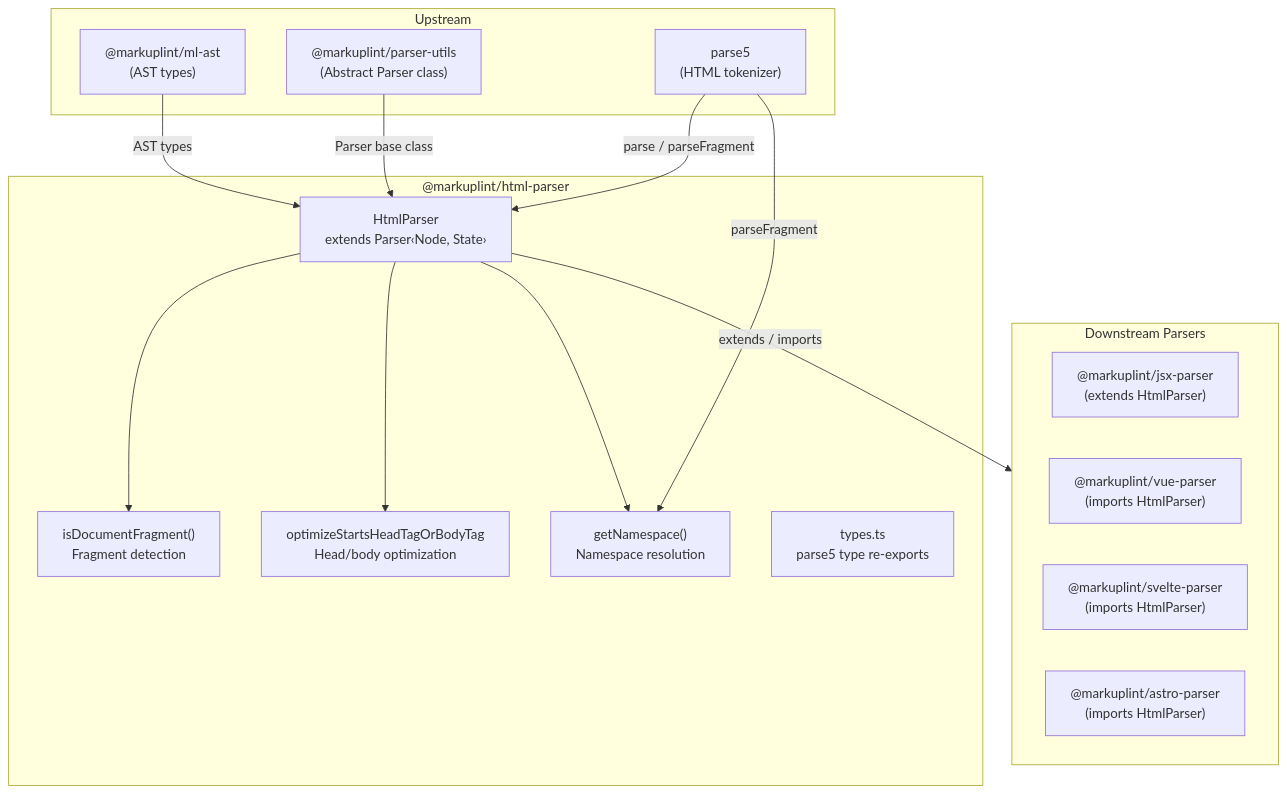
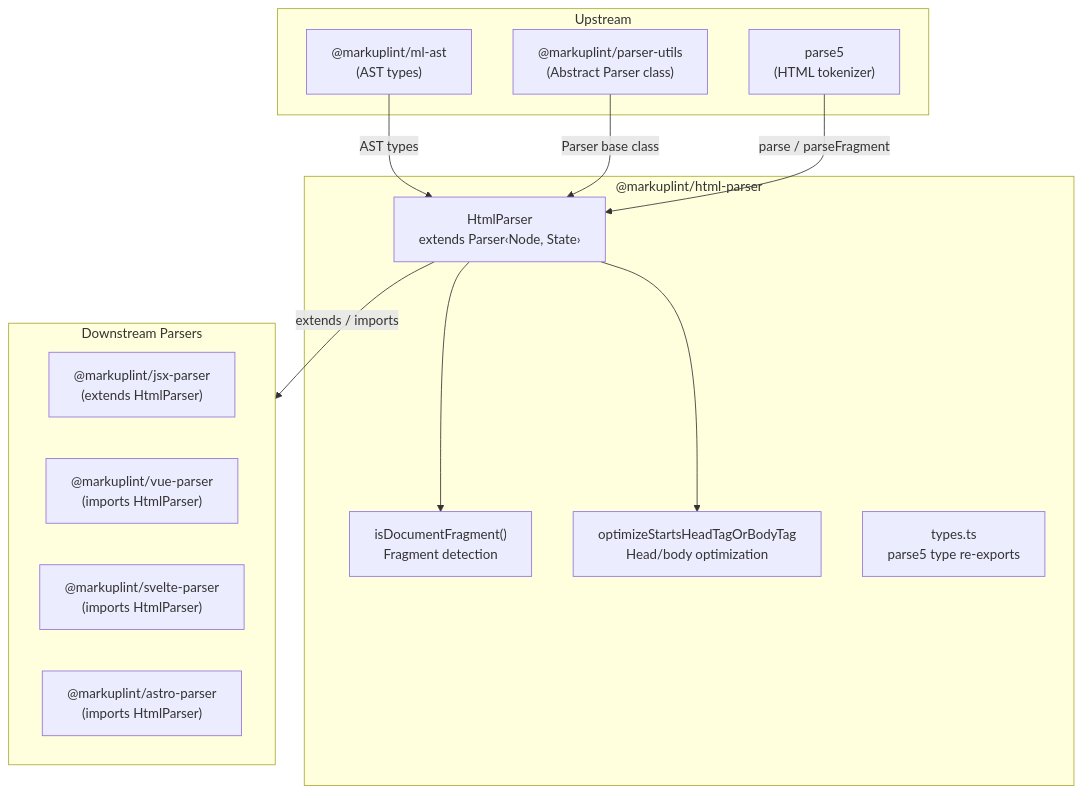
The first of 3 diagrams in packages/@markuplint/html-parser/ARCHITECTURE.md (markuplint/markuplint), drawn with Mermaid before and after one commit. The commit also changed other lines of this file, not shown here.

Commit message:
docs(html-parser): remove references to deleted getNamespace from ARCHITECTURE.md

````diff
--- a/packages/@markuplint/html-parser/ARCHITECTURE.md
+++ b/packages/@markuplint/html-parser/ARCHITECTURE.md
@@ -21,34 +20,30 @@
 ```mermaid
 flowchart TD
     subgraph upstream ["Upstream"]
         mlAst["@markuplint/ml-ast\n(AST types)"]
         parserUtils["@markuplint/parser-utils\n(Abstract Parser class)"]
         parse5["parse5\n(HTML tokenizer)"]
     end
 
     subgraph pkg ["@markuplint/html-parser"]
         htmlParser["HtmlParser\nextends Parser‹Node, State›"]
-        getNs["getNamespace()\nNamespace resolution"]
         isFragment["isDocumentFragment()\nFragment detection"]
         optimize["optimizeStartsHeadTagOrBodyTag\nHead/body optimization"]
         types["types.ts\nparse5 type re-exports"]
     end
 
     subgraph downstream ["Downstream Parsers"]
         jsx["@markuplint/jsx-parser\n(extends HtmlParser)"]
         vue["@markuplint/vue-parser\n(imports HtmlParser)"]
         svelte["@markuplint/svelte-parser\n(imports HtmlParser)"]
         astro["@markuplint/astro-parser\n(imports HtmlParser)"]
     end
 
     mlAst -->|"AST types"| htmlParser
     parserUtils -->|"Parser base class"| htmlParser
     parse5 -->|"parse / parseFragment"| htmlParser
-    parse5 -->|"parseFragment"| getNs
-
     htmlParser --> isFragment
     htmlParser --> optimize
-    htmlParser --> getNs
 
     htmlParser -->|"extends / imports"| downstream
 ```
````
